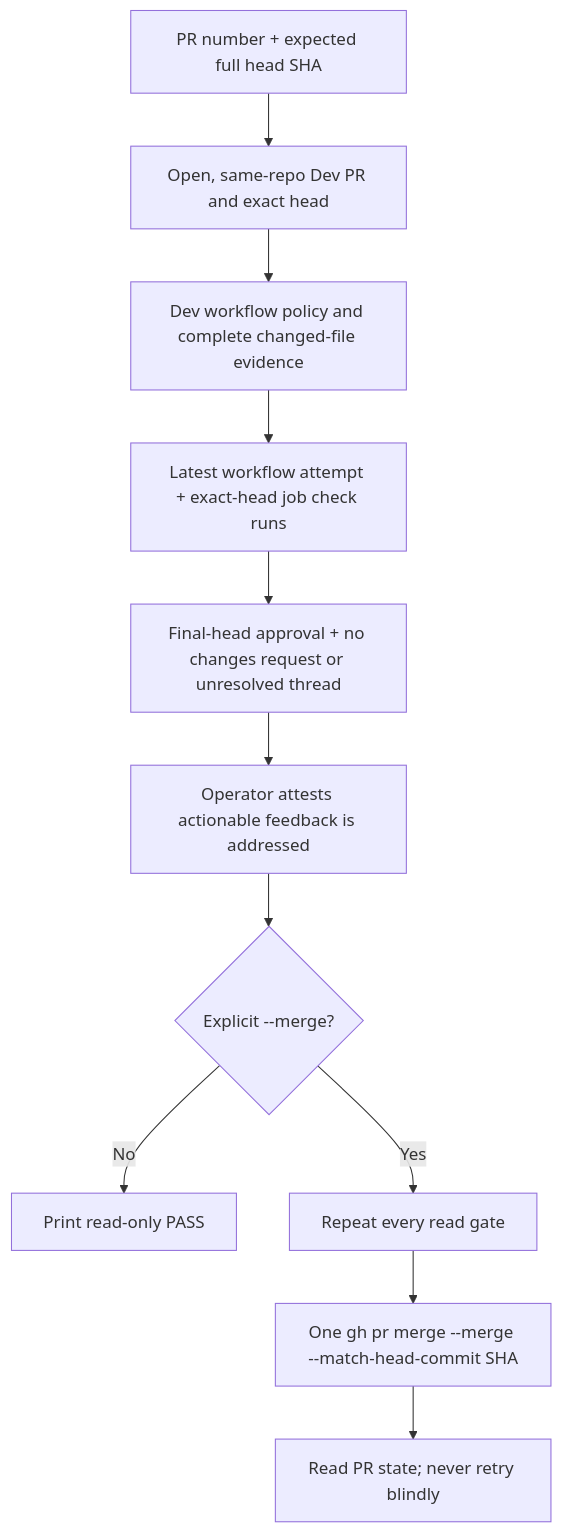
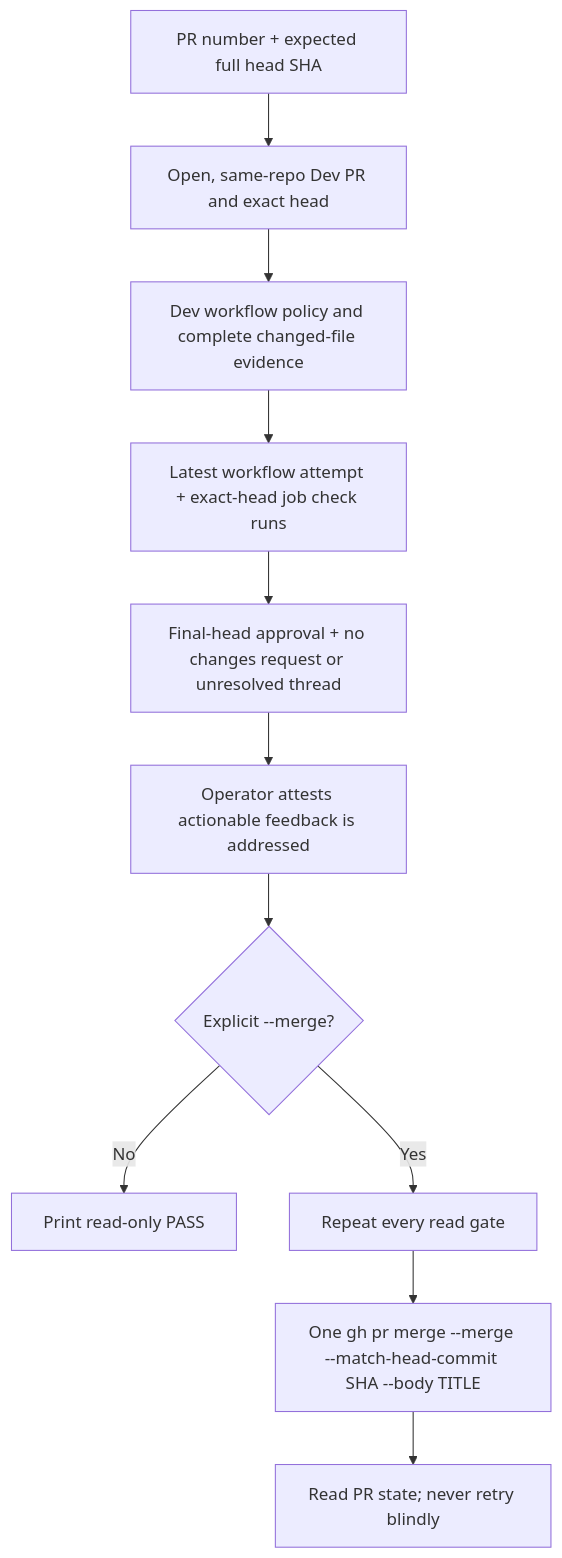
Before and after one commit to uhstray-io/agent-cloud: the diagram in plan/development/dev-merge-guard.md, drawn with Mermaid. The commit also changed other lines of this file and 5 other files, not shown here.

````diff
--- a/plan/development/dev-merge-guard.md
+++ b/plan/development/dev-merge-guard.md
@@ -21,13 +21,13 @@
 ```mermaid
 flowchart TD
     INPUT["PR number + expected full head SHA"] --> PR["Open, same-repo Dev PR and exact head"]
     PR --> POLICY["Dev workflow policy and complete changed-file evidence"]
     POLICY --> CI["Latest workflow attempt + exact-head job check runs"]
     CI --> REVIEW["Final-head approval + no changes request or unresolved thread"]
     REVIEW --> ACK["Operator attests actionable feedback is addressed"]
     ACK --> MODE{"Explicit --merge?"}
     MODE -->|No| READ["Print read-only PASS"]
     MODE -->|Yes| RECHECK["Repeat every read gate"]
-    RECHECK --> MERGE["One gh pr merge --merge --match-head-commit SHA"]
+    RECHECK --> MERGE["One gh pr merge --merge --match-head-commit SHA --body TITLE"]
     MERGE --> READBACK["Read PR state; never retry blindly"]
 ```
````
